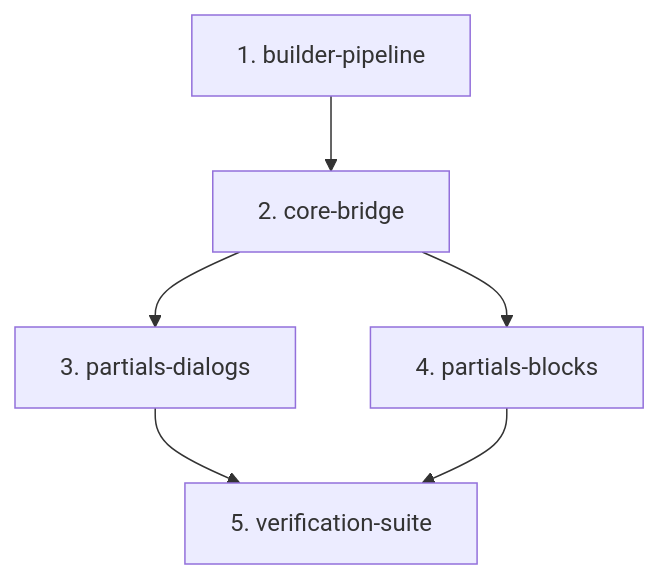
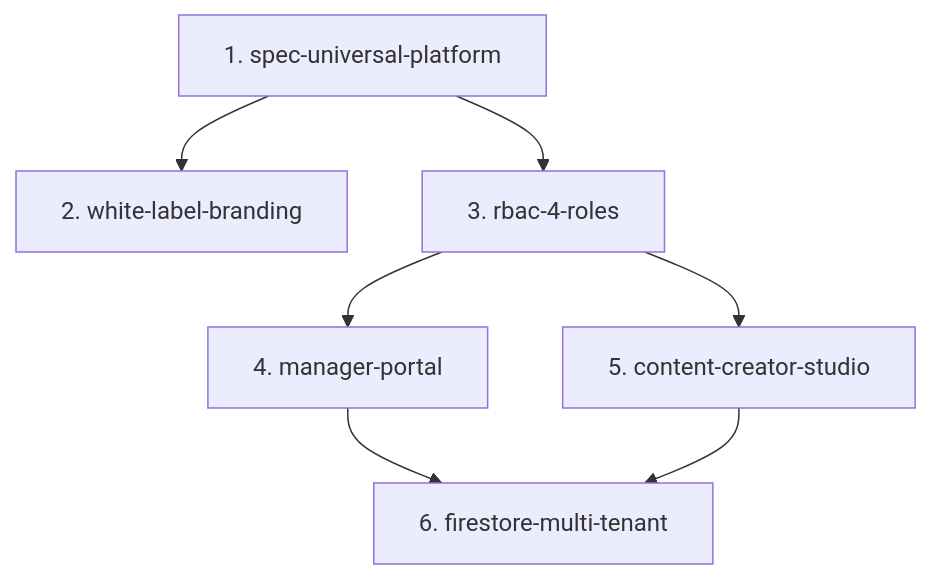
The diagram in CAPABILITY-MAP.md (mauripsale/luxottica-bigquery-training), drawn with Mermaid before and after one commit. The commit also changed other lines of this file and 1 other file, not shown here.

Commit message:
docs(spec): add Universal Training Platform v3.0 specification and capability map

````diff
--- a/CAPABILITY-MAP.md
+++ b/CAPABILITY-MAP.md
@@ -16,8 +17,9 @@
 ```mermaid
 flowchart TD
-    BP["1. builder-pipeline"] --> CB["2. core-bridge"]
-    CB --> PD["3. partials-dialogs"]
-    CB --> PB["4. partials-blocks"]
-    PD --> VS["5. verification-suite"]
-    PB --> VS
+    SP["1. spec-universal-platform"] --> WB["2. white-label-branding"]
+    SP --> RBAC["3. rbac-4-roles"]
+    RBAC --> MP["4. manager-portal"]
+    RBAC --> CC["5. content-creator-studio"]
+    MP --> FMT["6. firestore-multi-tenant"]
+    CC --> FMT
 ```
````
